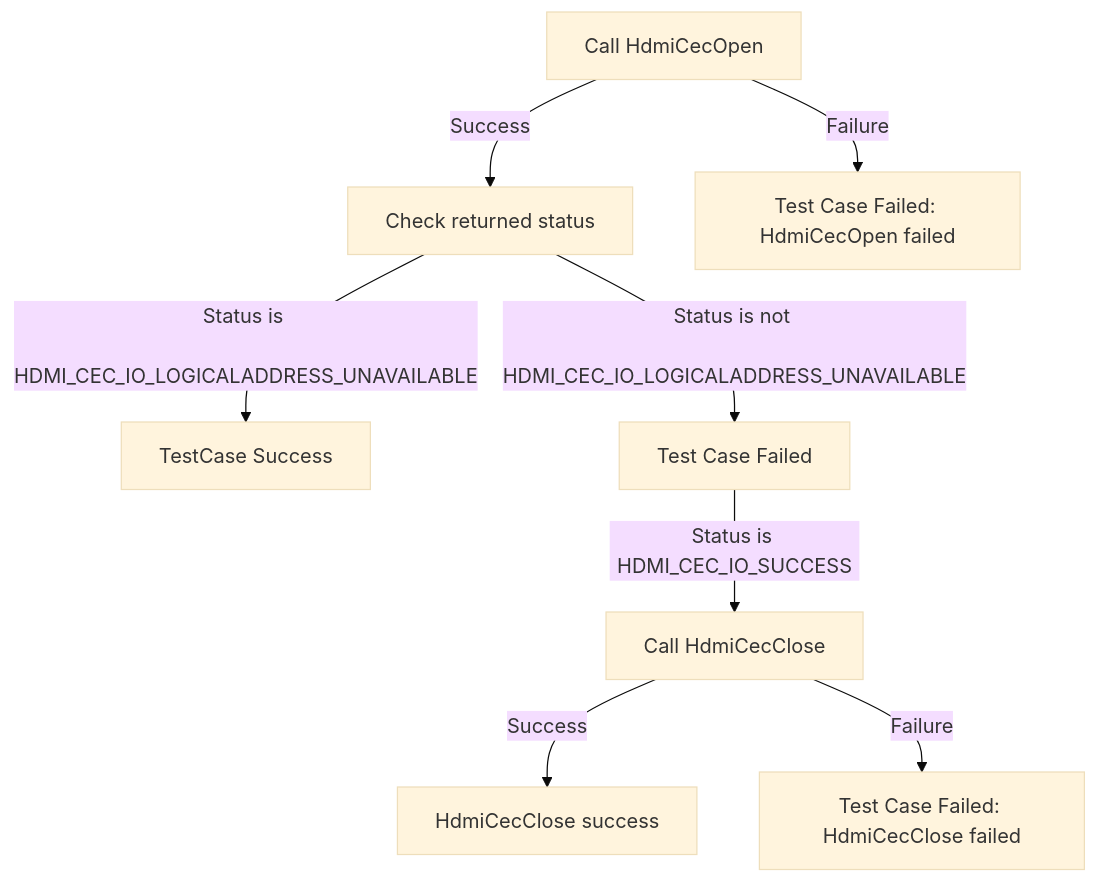
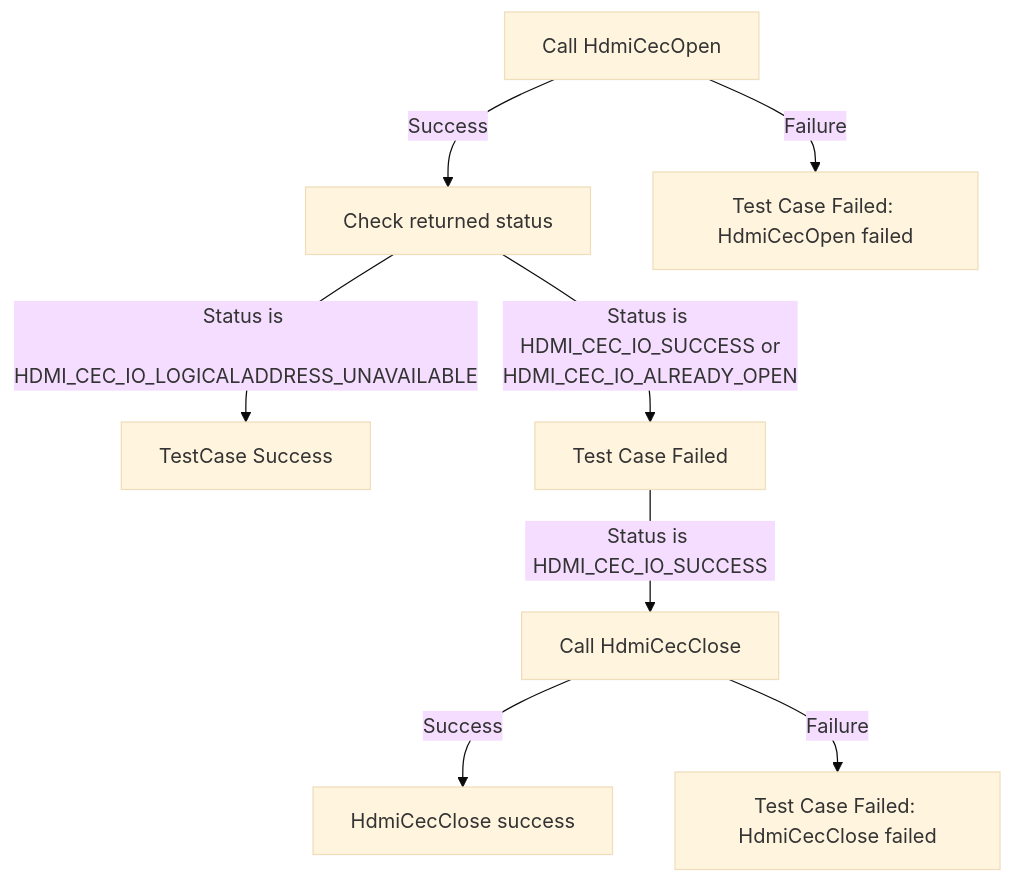
One commit to rdkcentral/rdk-halif-test-hdmi_cec changed the diagram in docs/pages/hdmi-cec-source_L2_Low-Level_TestSpec.md. Above: the diagram before and after it, drawn with Mermaid (base theme). The commit also changed 2 other files, not shown here.

Commit message:
Update based on review meeting

````diff
--- a/docs/pages/hdmi-cec-source_L2_Low-Level_TestSpec.md
+++ b/docs/pages/hdmi-cec-source_L2_Low-Level_TestSpec.md
@@ -61,10 +61,10 @@
 ```mermaid
 graph TB
     Step1[Call HdmiCecOpen] -->|Success| Step2[Check returned status]
     Step1 -->|Failure| TestFail1[Test Case Failed: HdmiCecOpen failed]
     Step2 -->|Status is <br> HDMI_CEC_IO_LOGICALADDRESS_UNAVAILABLE| Step4[TestCase Success]
-    Step2 -->|Status is not <br> HDMI_CEC_IO_LOGICALADDRESS_UNAVAILABLE| TestFail2[Test Case Failed]
+    Step2 -->|Status is <br> HDMI_CEC_IO_SUCCESS or HDMI_CEC_IO_ALREADY_OPEN| TestFail2[Test Case Failed]
     TestFail2 -->|Status is HDMI_CEC_IO_SUCCESS| Step3[Call HdmiCecClose]
     Step3 -->|Success| Step5[HdmiCecClose success]
     Step3 -->|Failure| TestFail3[Test Case Failed: HdmiCecClose failed]
 ```
````
